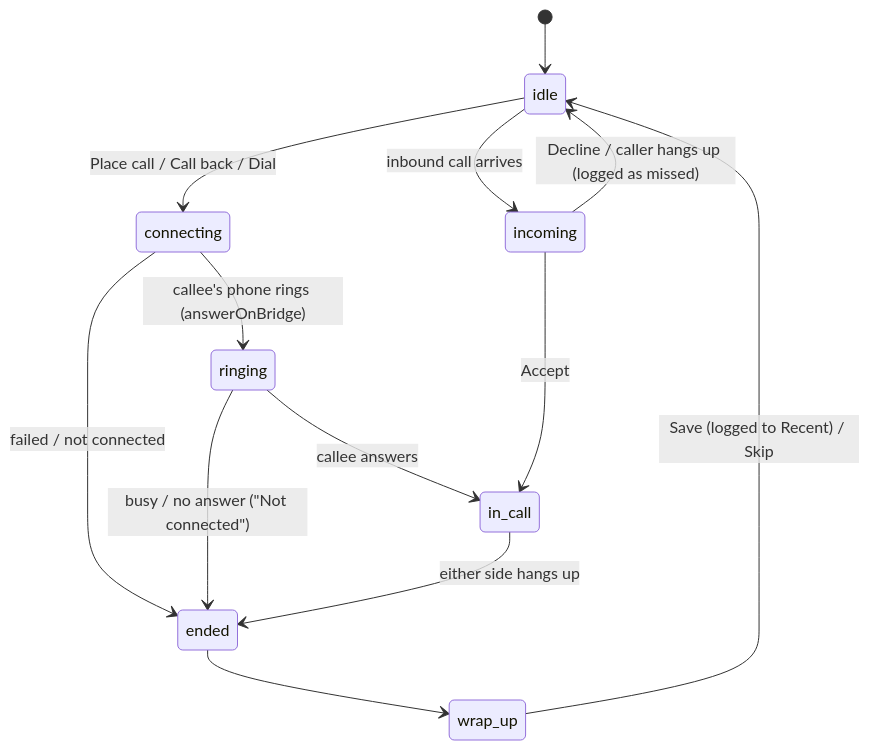
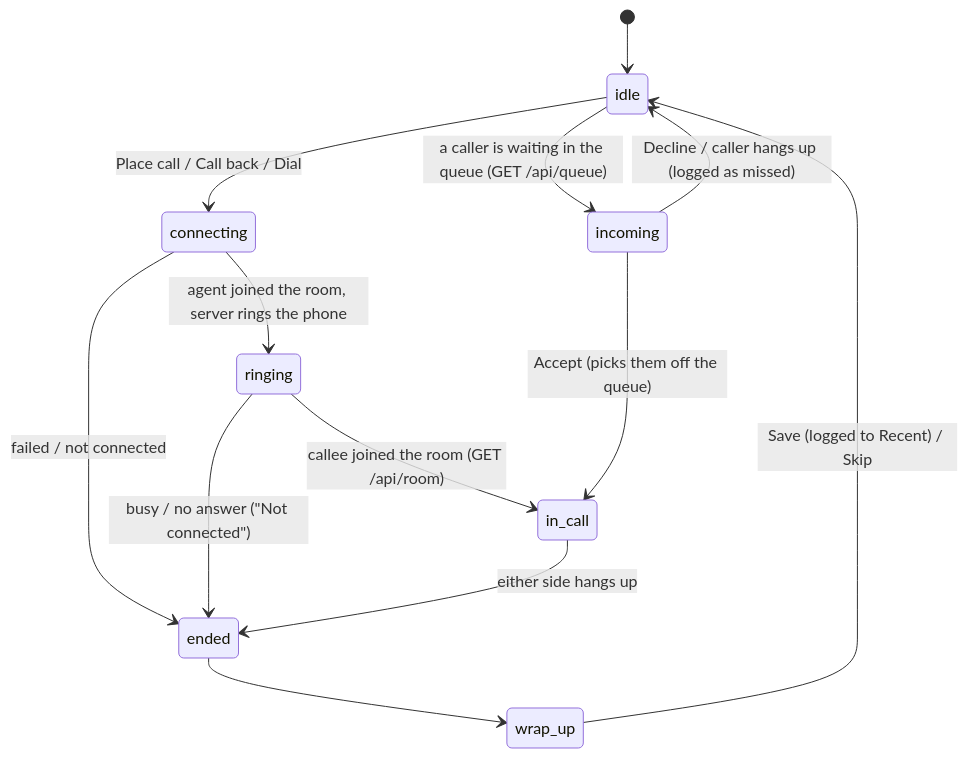
Before and after one commit to arnavXgupta/onground-callcentre: the second of 5 diagrams in flow.md, drawn with Mermaid. The commit also changed other lines of this file and 3 other files, not shown here.

First line of the commit message:
docs: README, trial call routing in flow.md, roadmap status

````diff
--- a/flow.md
+++ b/flow.md
@@ -40,15 +40,15 @@
 ```mermaid
 stateDiagram-v2
   [*] --> idle
   idle --> connecting: Place call / Call back / Dial
-  connecting --> ringing: callee's phone rings (answerOnBridge)
-  ringing --> in_call: callee answers
+  connecting --> ringing: agent joined the room, server rings the phone
+  ringing --> in_call: callee joined the room (GET /api/room)
   connecting --> ended: failed / not connected
   ringing --> ended: busy / no answer ("Not connected")
-  idle --> incoming: inbound call arrives
-  incoming --> in_call: Accept
+  idle --> incoming: a caller is waiting in the queue (GET /api/queue)
+  incoming --> in_call: Accept (picks them off the queue)
   incoming --> idle: Decline / caller hangs up (logged as missed)
   in_call --> ended: either side hangs up
   ended --> wrap_up
   wrap_up --> idle: Save (logged to Recent) / Skip
 ```
````
